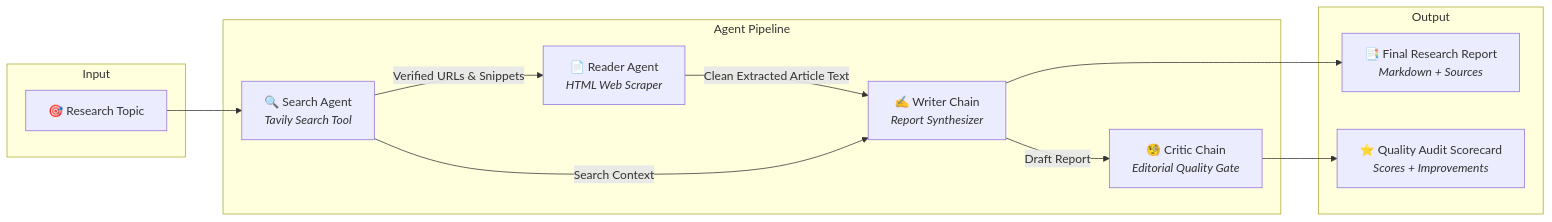
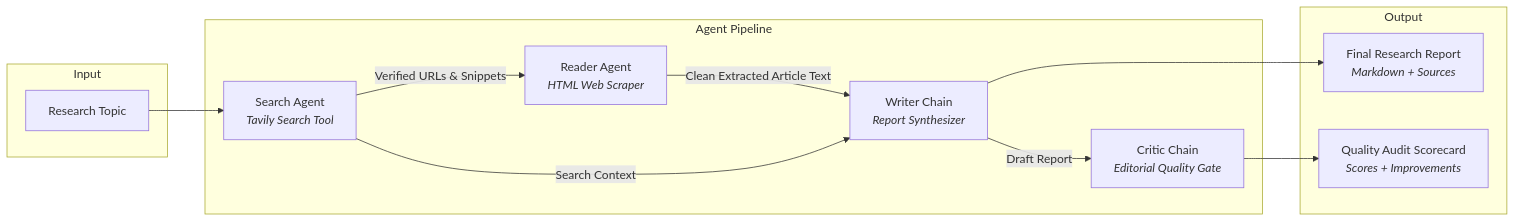
The diagram in README.md (ai-genai-agenticai-intelligence/Multi-Agent-Research-Assistant), drawn with Mermaid before and after one commit. The commit also changed other lines of this file, not shown here.

````diff
--- a/README.md
+++ b/README.md
@@ -38,26 +38,26 @@
 ```mermaid
 graph LR
     subgraph Input
-        A[🎯 Research Topic]
+        A[ Research Topic]
     end
 
     subgraph Agent Pipeline
-        B[🔍 Search Agent<br/><i>Tavily Search Tool</i>]
-        C[📄 Reader Agent<br/><i>HTML Web Scraper</i>]
-        D[✍️ Writer Chain<br/><i>Report Synthesizer</i>]
-        E[🧐 Critic Chain<br/><i>Editorial Quality Gate</i>]
+        B[ Search Agent<br/><i>Tavily Search Tool</i>]
+        C[ Reader Agent<br/><i>HTML Web Scraper</i>]
+        D[ Writer Chain<br/><i>Report Synthesizer</i>]
+        E[ Critic Chain<br/><i>Editorial Quality Gate</i>]
     end
 
     subgraph Output
-        F[📑 Final Research Report<br/><i>Markdown + Sources</i>]
-        G[⭐ Quality Audit Scorecard<br/><i>Scores + Improvements</i>]
+        F[Final Research Report<br/><i>Markdown + Sources</i>]
+        G[ Quality Audit Scorecard<br/><i>Scores + Improvements</i>]
     end
 
     A --> B
     B -->|Verified URLs & Snippets| C
     C -->|Clean Extracted Article Text| D
     B -->|Search Context| D
     D -->|Draft Report| E
     D --> F
     E --> G
 ```
````
